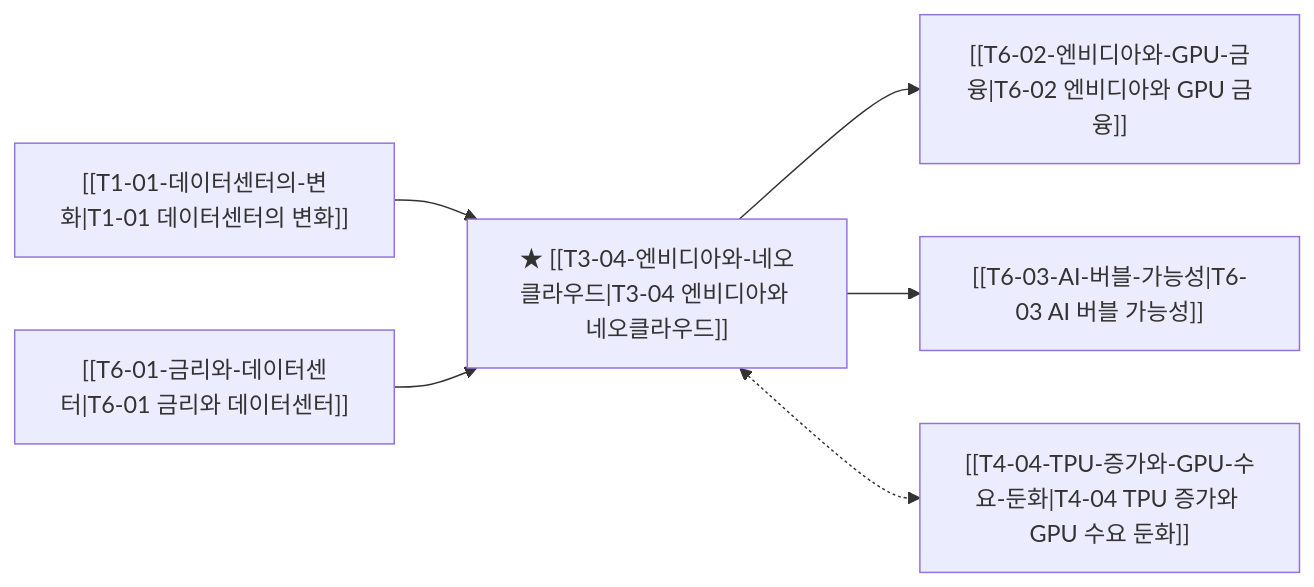
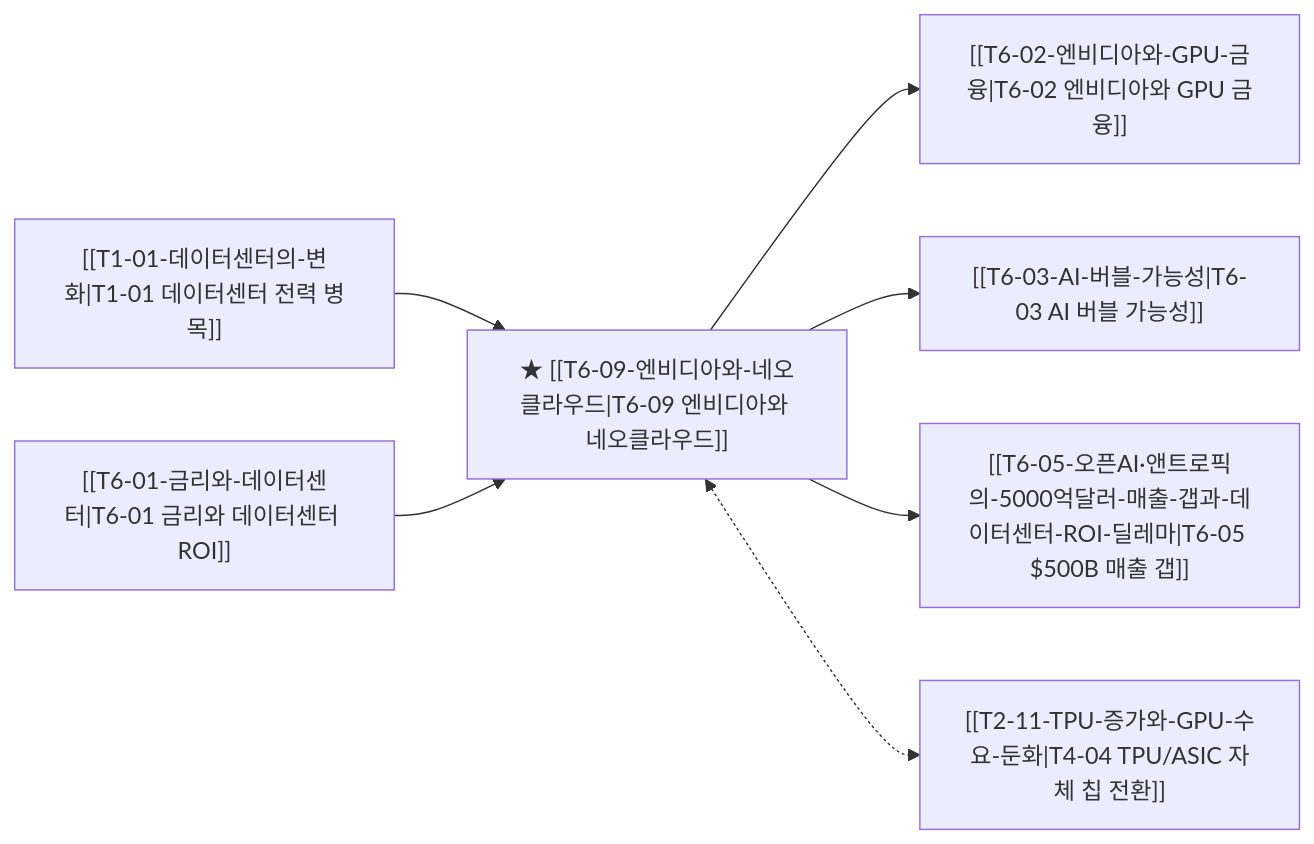
The diagram in thesis/T3-04-엔비디아와-네오클라우드.md (zoofighter/b_0901_Argus_pulse), drawn with Mermaid before and after one commit. The commit also changed other lines of this file and 94 other files, not shown here.

````diff
--- a/thesis/T3-04-엔비디아와-네오클라우드.md
+++ b/thesis/T3-04-엔비디아와-네오클라우드.md
@@ -70,8 +77,9 @@
 ```mermaid
 graph LR
-    P_T_01["[[T1-01-데이터센터의-변화|T1-01 데이터센터의 변화]]"] --> T_T_08["★ [[T3-04-엔비디아와-네오클라우드|T3-04 엔비디아와 네오클라우드]]"]
-    P_T_05["[[T6-01-금리와-데이터센터|T6-01 금리와 데이터센터]]"] --> T_T_08["★ [[T3-04-엔비디아와-네오클라우드|T3-04 엔비디아와 네오클라우드]]"]
-    T_T_08["★ [[T3-04-엔비디아와-네오클라우드|T3-04 엔비디아와 네오클라우드]]"] --> D_T_09["[[T6-02-엔비디아와-GPU-금융|T6-02 엔비디아와 GPU 금융]]"]
-    T_T_08["★ [[T3-04-엔비디아와-네오클라우드|T3-04 엔비디아와 네오클라우드]]"] --> D_T_37["[[T6-03-AI-버블-가능성|T6-03 AI 버블 가능성]]"]
-    T_T_08["★ [[T3-04-엔비디아와-네오클라우드|T3-04 엔비디아와 네오클라우드]]"] <.-> S_T_06["[[T4-04-TPU-증가와-GPU-수요-둔화|T4-04 TPU 증가와 GPU 수요 둔화]]"]
+    P_T_01["[[T1-01-데이터센터의-변화|T1-01 데이터센터 전력 병목]]"] --> T_T_08["★ [[T6-09-엔비디아와-네오클라우드|T6-09 엔비디아와 네오클라우드]]"]
+    P_T_05["[[T6-01-금리와-데이터센터|T6-01 금리와 데이터센터 ROI]]"] --> T_T_08
+    T_T_08 --> D_T_09["[[T6-02-엔비디아와-GPU-금융|T6-02 엔비디아와 GPU 금융]]"]
+    T_T_08 --> D_T_37["[[T6-03-AI-버블-가능성|T6-03 AI 버블 가능성]]"]
+    T_T_08 --> D_T_Gap["[[T6-05-오픈AI·앤트로픽의-5000억달러-매출-갭과-데이터센터-ROI-딜레마|T6-05 $500B 매출 갭]]"]
+    T_T_08 <.-> S_T_06["[[T2-11-TPU-증가와-GPU-수요-둔화|T4-04 TPU/ASIC 자체 칩 전환]]"]
 ```
````
